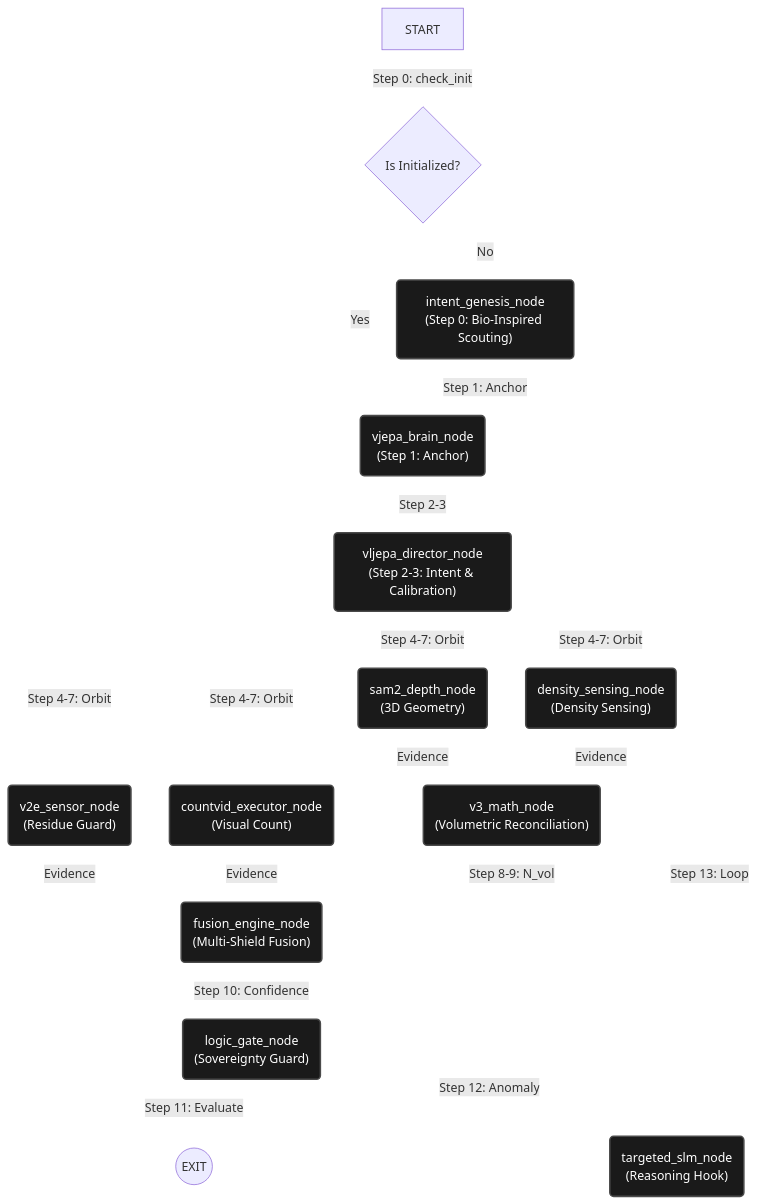
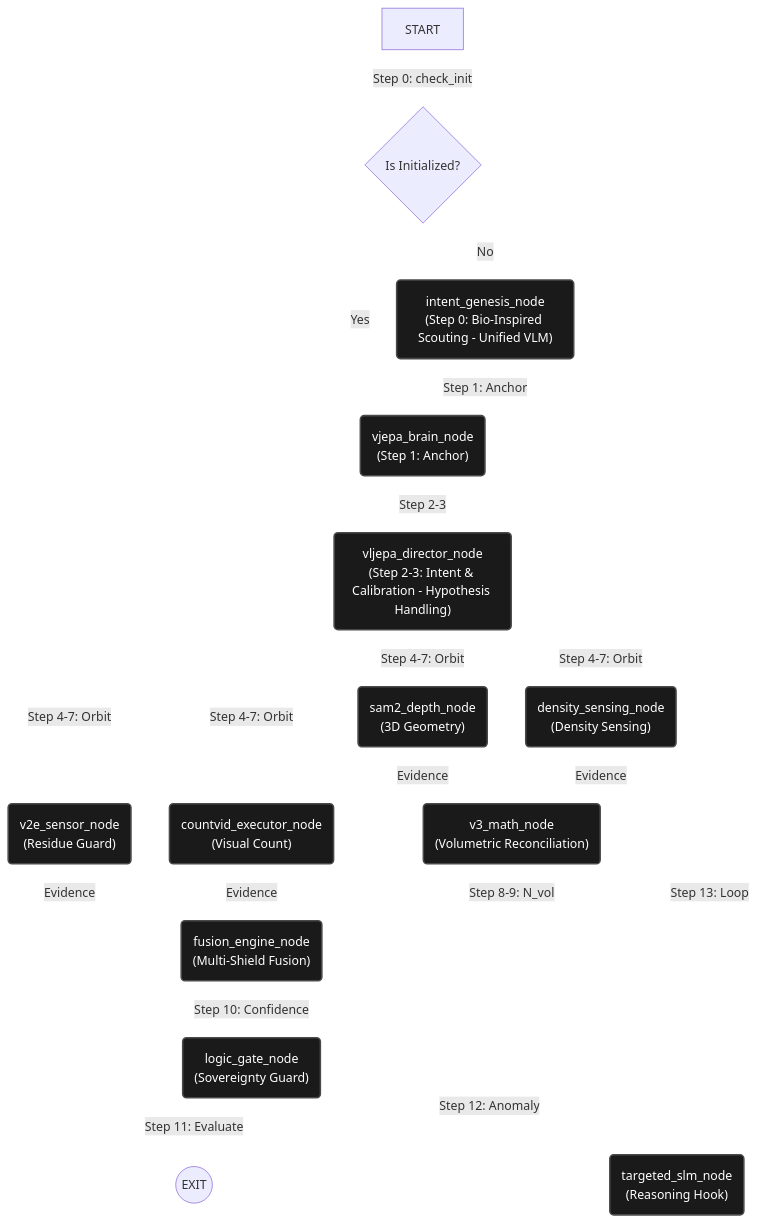
Before and after one commit to Yonnnnnnnnn/numeri-vjepa-experiment: the diagram in Architecture_Diagram.md, drawn with Mermaid. The commit also changed 6 other files, not shown here.

Commit message:
docs: update tech docs for V4.0 Sovereignty Protocol and Unified VLM

````diff
--- a/Architecture_Diagram.md
+++ b/Architecture_Diagram.md
@@ -27,44 +27,44 @@
 ```mermaid
 graph TD
     %% Define Objects (Nodes)
     %% Define Objects (Nodes)
-    intent_genesis_node("intent_genesis_node<br>(Step 0: Bio-Inspired Scouting)")
+    intent_genesis_node("intent_genesis_node<br>(Step 0: Bio-Inspired Scouting - Unified VLM)")
     vjepa_brain_node("vjepa_brain_node<br>(Step 1: Anchor)")
-    vljepa_director_node("vljepa_director_node<br>(Step 2-3: Intent & Calibration)")
+    vljepa_director_node("vljepa_director_node<br>(Step 2-3: Intent & Calibration - Hypothesis Handling)")
     v2e_sensor_node("v2e_sensor_node<br>(Residue Guard)")
     sam2_depth_node("sam2_depth_node<br>(3D Geometry)")
     density_sensing_node("density_sensing_node<br>(Density Sensing)")
     countvid_executor_node("countvid_executor_node<br>(Visual Count)")
     v3_math_node("v3_math_node<br>(Volumetric Reconciliation)")
     fusion_engine_node("fusion_engine_node<br>(Multi-Shield Fusion)")
     logic_gate_node("logic_gate_node<br>(Sovereignty Guard)")
     targeted_slm_node("targeted_slm_node<br>(Reasoning Hook)")
 
     %% Define Sovereignty Flow (14-Step Recursive)
     START["START"] -- "Step 0: check_init" --> init_gate{Is Initialized?}
     init_gate -- "No" --> intent_genesis_node
     init_gate -- "Yes" --> vjepa_brain_node
 
     intent_genesis_node -- "Step 1: Anchor" --> vjepa_brain_node
     vjepa_brain_node -- "Step 2-3" --> vljepa_director_node
     vljepa_director_node -- "Step 4-7: Orbit" --> v2e_sensor_node
     vljepa_director_node -- "Step 4-7: Orbit" --> sam2_depth_node
     vljepa_director_node -- "Step 4-7: Orbit" --> density_sensing_node
     vljepa_director_node -- "Step 4-7: Orbit" --> countvid_executor_node
 
     v2e_sensor_node -- "Evidence" --> fusion_engine_node
     sam2_depth_node -- "Evidence" --> v3_math_node
     density_sensing_node -- "Evidence" --> v3_math_node
     countvid_executor_node -- "Evidence" --> fusion_engine_node
 
     v3_math_node -- "Step 8-9: N_vol" --> fusion_engine_node
     fusion_engine_node -- "Step 10: Confidence" --> logic_gate_node
     logic_gate_node -- "Step 11: Evaluate" --> EXIT((EXIT))
     logic_gate_node -- "Step 12: Anomaly" --> targeted_slm_node
     targeted_slm_node -- "Step 13: Loop" --> vljepa_director_node
 
     %% Styling
     linkStyle default stroke-width:2px,fill:none,stroke:white;
     classDef object fill:#1a1a1a,stroke:#4a4a4a,stroke-width:2px,color:white;
     class intent_genesis_node,vjepa_brain_node,vljepa_director_node,v2e_sensor_node,sam2_depth_node,density_sensing_node,countvid_executor_node,v3_math_node,fusion_engine_node,logic_gate_node,targeted_slm_node object;
 ```
````
